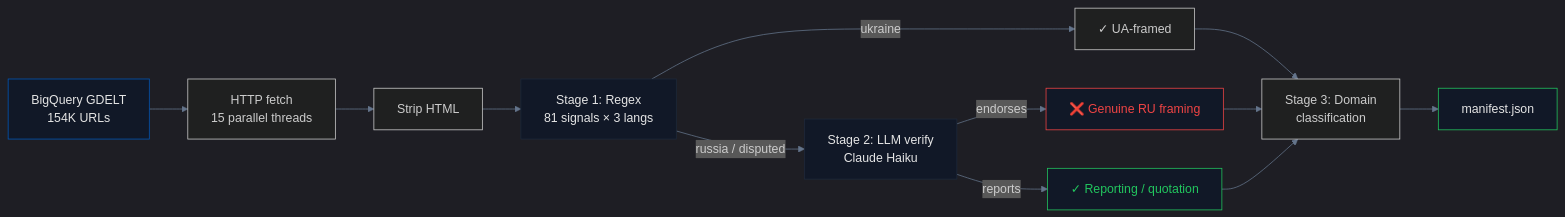
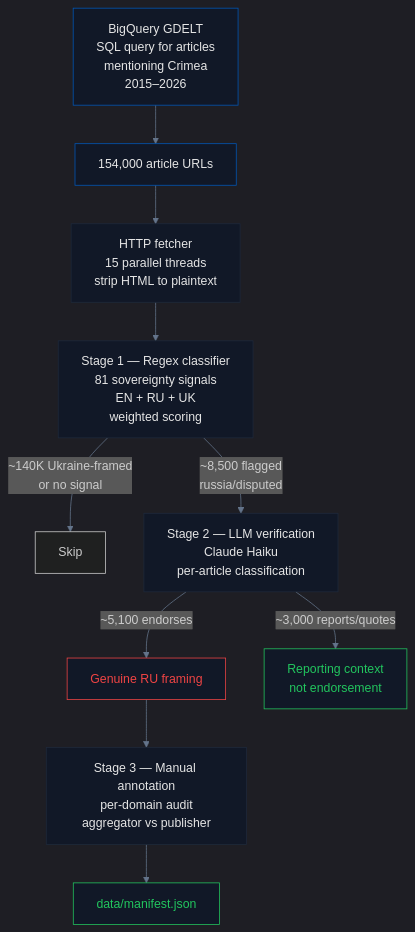
One commit to IvanDobrovolsky/crimeaisukraine changed the diagram in pipelines/media/README.md. Above: the diagram before and after it, drawn with Mermaid. The commit also changed other lines of this file and 1 other file, not shown here.

````diff
--- a/pipelines/media/README.md
+++ b/pipelines/media/README.md
@@ -20,22 +26,23 @@
 ```mermaid
-%%{init: {'theme': 'dark', 'themeVariables': {'primaryColor': '#0057b7', 'secondaryColor': '#ffd700', 'primaryTextColor': '#e5e5e5', 'lineColor': '#64748b', 'primaryBorderColor': '#1e293b'}}}%%
-graph LR
-  A["BigQuery GDELT<br/>154K URLs"] --> B["HTTP fetch<br/>15 parallel threads"]
-  B --> C["Strip HTML"]
-  C --> D["Stage 1: Regex<br/>81 signals × 3 langs"]
-  D -->|"ukraine"| E["✓ UA-framed"]
-  D -->|"russia / disputed"| F["Stage 2: LLM verify<br/>Claude Haiku"]
-  F -->|"endorses"| G["❌ Genuine RU framing"]
-  F -->|"reports"| H["✓ Reporting / quotation"]
-  E --> I["Stage 3: Domain<br/>classification"]
-  G --> I
-  H --> I
-  I --> J["manifest.json"]
+%%{init: {'theme': 'dark', 'themeVariables': {'primaryColor': '#0057b7', 'primaryTextColor': '#e5e5e5', 'lineColor': '#64748b', 'primaryBorderColor': '#1e293b'}}}%%
+graph TB
+    A["BigQuery GDELT<br/>SQL query for articles<br/>mentioning Crimea<br/>2015–2026"] --> B["154,000 article URLs"]
+    B --> C["HTTP fetcher<br/>15 parallel threads<br/>strip HTML to plaintext"]
+    C --> D["Stage 1 — Regex classifier<br/>81 sovereignty signals<br/>EN + RU + UK<br/>weighted scoring"]
+    D -->|"~140K Ukraine-framed<br/>or no signal"| E1["Skip"]
+    D -->|"~8,500 flagged<br/>russia/disputed"| F["Stage 2 — LLM verification<br/>Claude Haiku<br/>per-article classification"]
+    F -->|"~5,100 endorses"| G1["Genuine RU framing"]
+    F -->|"~3,000 reports/quotes"| G2["Reporting context<br/>not endorsement"]
+    G1 --> H["Stage 3 — Manual annotation<br/>per-domain audit<br/>aggregator vs publisher"]
+    H --> I["data/manifest.json"]
 
-  style A fill:#111827,stroke:#0057b7,color:#e5e5e5
-  style D fill:#111827,stroke:#1e293b,color:#e5e5e5
-  style F fill:#111827,stroke:#1e293b,color:#e5e5e5
-  style G fill:#111827,stroke:#ef4444,color:#ef4444
-  style H fill:#111827,stroke:#22c55e,color:#22c55e
-  style J fill:#111827,stroke:#22c55e,color:#e5e5e5
+    style A fill:#111827,stroke:#0057b7,color:#e5e5e5
+    style B fill:#111827,stroke:#0057b7,color:#e5e5e5
+    style C fill:#111827,stroke:#1e293b,color:#e5e5e5
+    style D fill:#111827,stroke:#1e293b,color:#e5e5e5
+    style F fill:#111827,stroke:#1e293b,color:#e5e5e5
+    style G1 fill:#111827,stroke:#ef4444,color:#ef4444
+    style G2 fill:#111827,stroke:#22c55e,color:#22c55e
+    style H fill:#111827,stroke:#1e293b,color:#e5e5e5
+    style I fill:#111827,stroke:#22c55e,color:#22c55e
 ```
````
